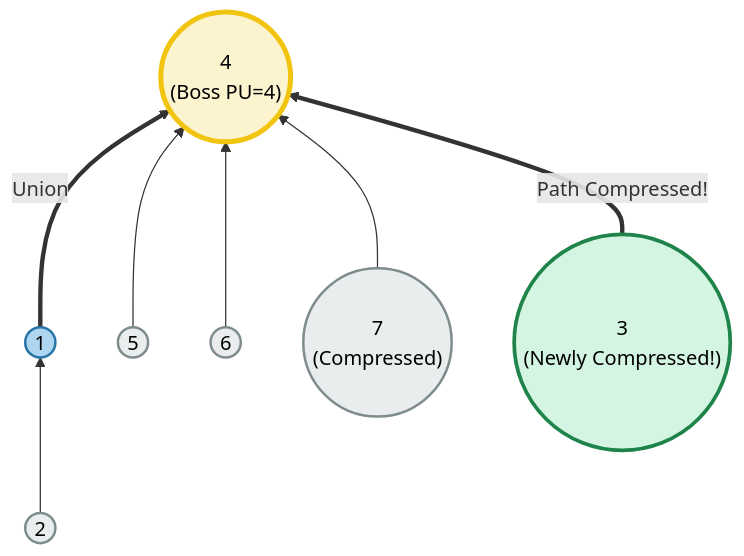
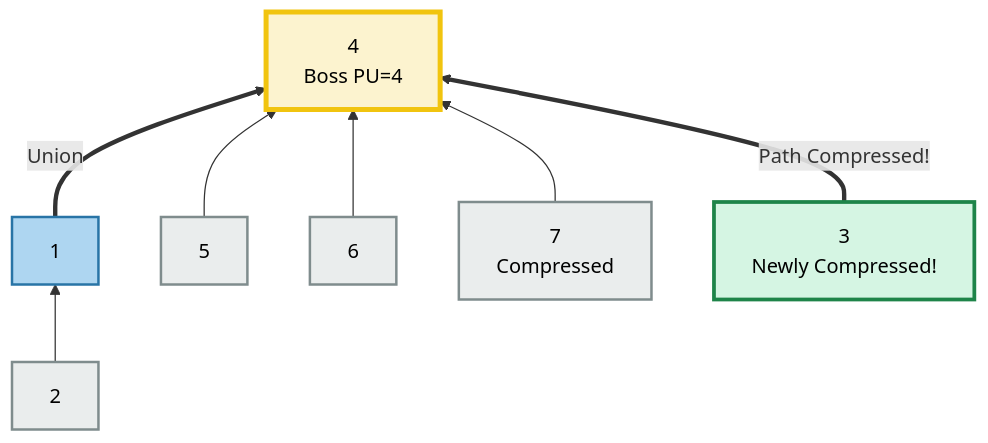
One commit to muntasir24/DSA_Practice changed diagram 27 of 36 in Graph/DSU_README.md. Above: the diagram before and after it, drawn with Mermaid. The commit also changed other lines of this file, not shown here.

````diff
--- a/Graph/DSU_README.md
+++ b/Graph/DSU_README.md
@@ -1119,27 +1119,27 @@
 ```mermaid
 graph BT
     classDef superBoss fill:#FCF3CF,stroke:#F1C40F,stroke-width:4px,color:#000000;
     classDef midBoss fill:#AED6F1,stroke:#2874A6,stroke-width:2px,color:#000000;
     classDef child fill:#EAEDED,stroke:#7F8C8D,stroke-width:2px,color:#000000;
     classDef highlight fill:#D5F5E3,stroke:#1E8449,stroke-width:3px,color:#000000;
 
-    4(("4<br>(Boss PU=4)")):::superBoss
+    4["4<br>Boss PU=4"]:::superBoss
     
-    1(("1")):::midBoss
-    5(("5")):::child
-    6(("6")):::child
-    7(("7<br>(Compressed)")):::child
+    1["1"]:::midBoss
+    5["5"]:::child
+    6["6"]:::child
+    7["7<br>Compressed"]:::child
     
-    2(("2")):::child
-    3(("3<br>(Newly Compressed!)")):::highlight
+    2["2"]:::child
+    3["3<br>Newly Compressed!"]:::highlight
 
     %% Direct connections to 4
     1 == "Union" ==> 4
     5 --> 4
     6 --> 4
     7 --> 4
     3 == "Path Compressed!" ==> 4
     
     %% Remaining old connection
     2 --> 1
 ```
````
